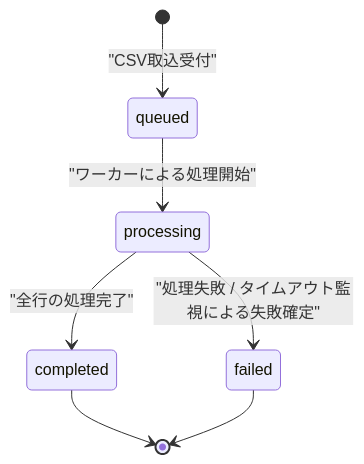
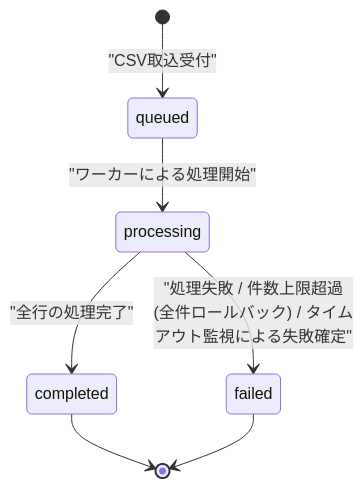
One commit to sikakou54/open-faq changed the diagram in 03_detail_design/01_state_transitions/STS-006.md. Above: the diagram before and after it, drawn with Mermaid. The commit also changed other lines of this file and 55 other files, not shown here.

````diff
--- a/03_detail_design/01_state_transitions/STS-006.md
+++ b/03_detail_design/01_state_transitions/STS-006.md
@@ -36,9 +36,9 @@
 ```mermaid
 stateDiagram-v2
   [*] --> queued: "CSV取込受付"
   queued --> processing: "ワーカーによる処理開始"
   processing --> completed: "全行の処理完了"
-  processing --> failed: "処理失敗 / タイムアウト監視による失敗確定"
+  processing --> failed: "処理失敗 / 件数上限超過(全件ロールバック) / タイムアウト監視による失敗確定"
   completed --> [*]
   failed --> [*]
 ```
````
